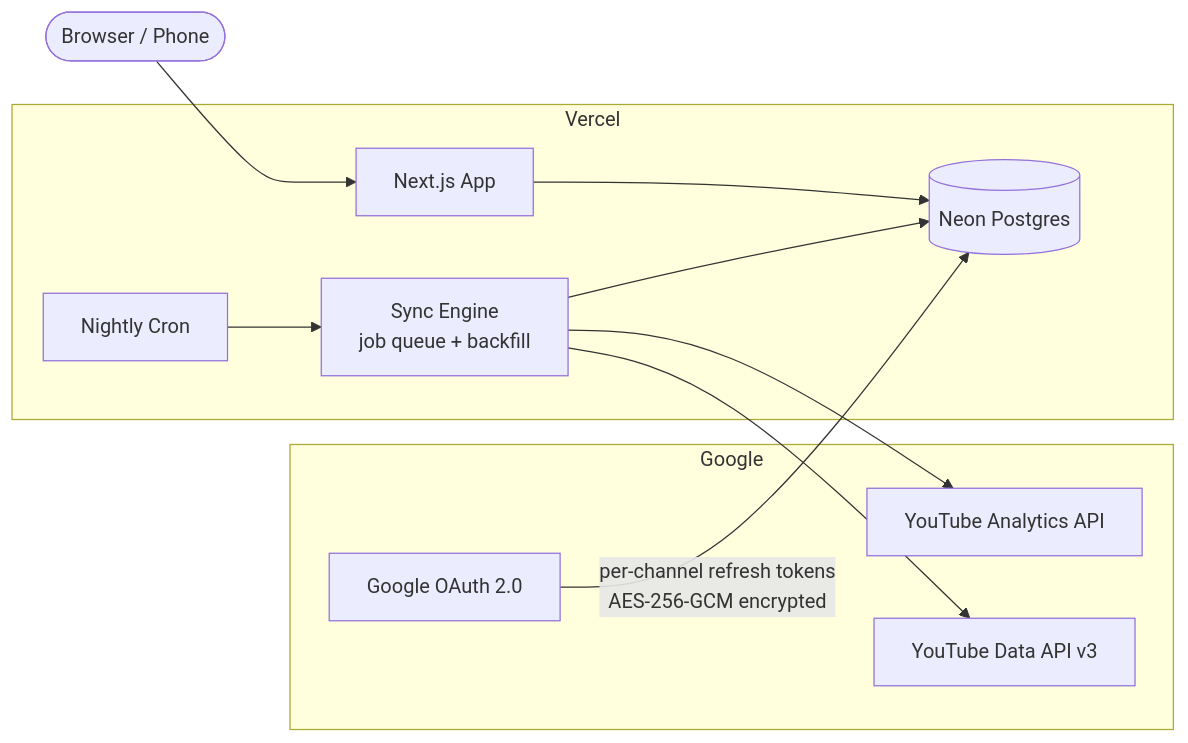
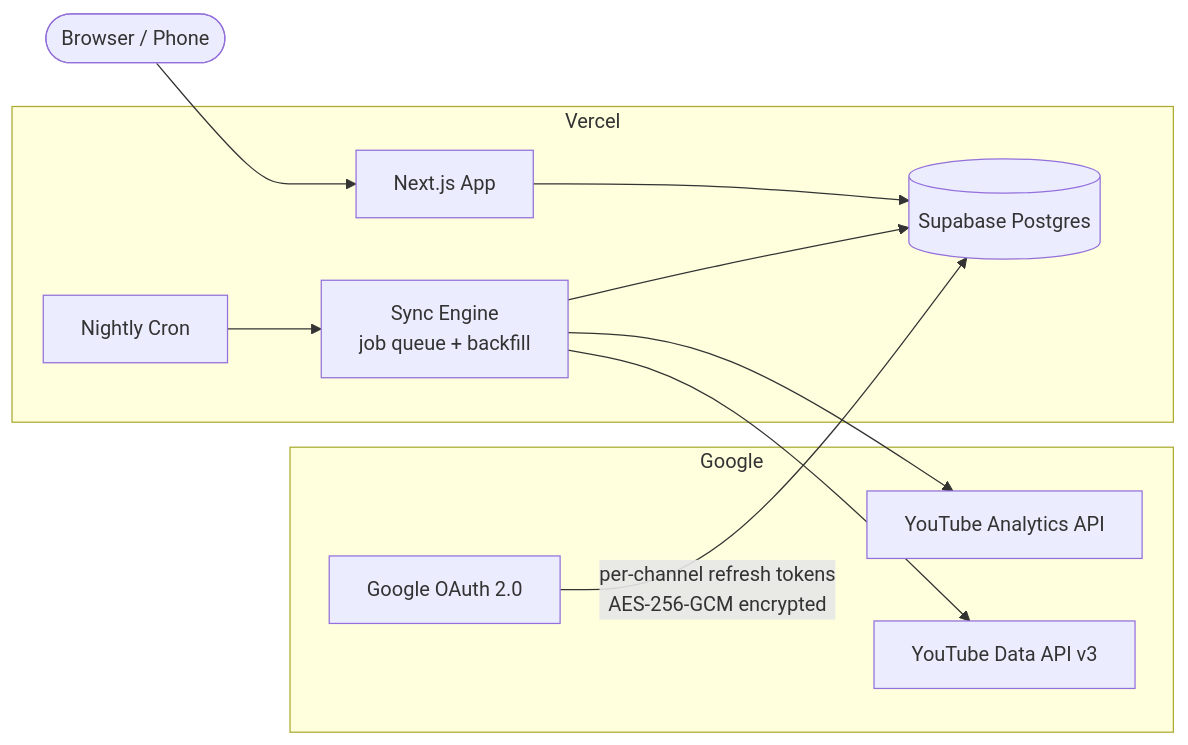
One commit to TalhaHamdees/channeldeck changed the diagram in README.md. Above: the diagram before and after it, drawn with Mermaid. The commit also changed other lines of this file and 6 other files, not shown here.

First line of the commit message:
Switch database from Neon to Supabase

````diff
--- a/README.md
+++ b/README.md
@@ -35,16 +35,16 @@
 ```mermaid
 flowchart LR
     subgraph Google
         YT[YouTube Analytics API]
         DATA[YouTube Data API v3]
         OAUTH[Google OAuth 2.0]
     end
     subgraph Vercel
-        APP[Next.js App] --> DB[(Neon Postgres)]
+        APP[Next.js App] --> DB[(Supabase Postgres)]
         CRON[Nightly Cron] --> SYNC[Sync Engine<br/>job queue + backfill]
     end
     OAUTH -- per-channel refresh tokens<br/>AES-256-GCM encrypted --> DB
     SYNC --> YT & DATA
     SYNC --> DB
     PHONE([Browser / Phone]) --> APP
 ```
````
